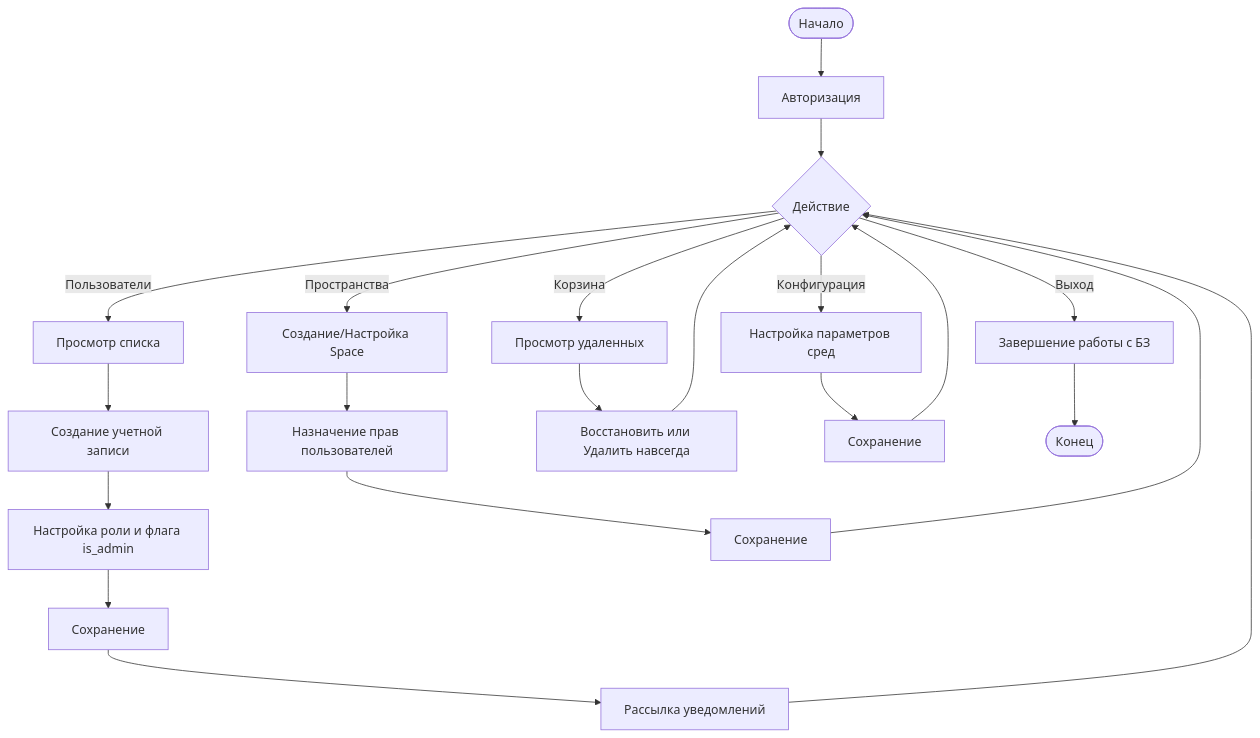
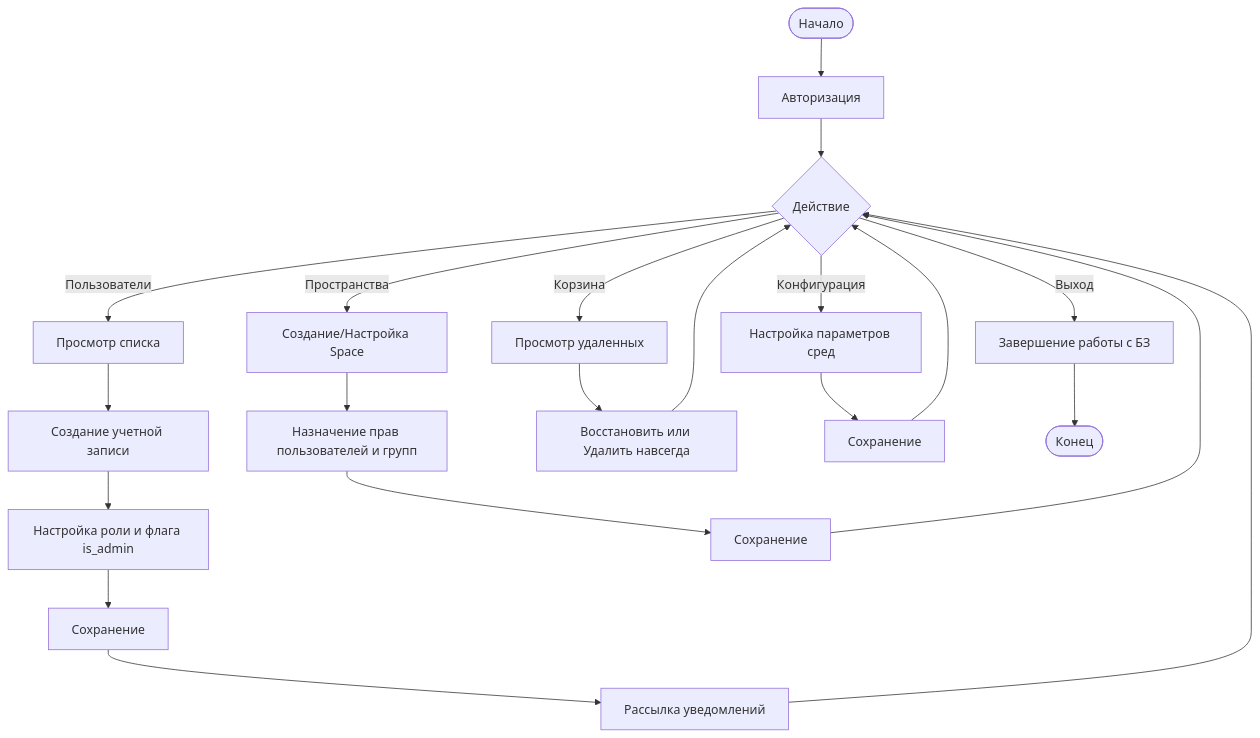
Before and after one commit to C23-501-SoftDev/Docs: the third of 4 diagrams in base-requirements.md, drawn with Mermaid. The commit also changed other lines of this file and 6 other files, not shown here.

````diff
--- a/base-requirements.md
+++ b/base-requirements.md
@@ -172,28 +167,28 @@
 ```mermaid
 graph TD
     Start([Начало]) --> Login[Авторизация]
     Login --> AdminAction{Действие}
     
     AdminAction -->|Пользователи| UserList[Просмотр списка]
     UserList --> AddUser[Создание учетной записи]
     AddUser --> UserRights[Настройка роли и флага is_admin]
     UserRights --> SaveUser[Сохранение]
     SaveUser --> SendNotifyUser[Рассылка уведомлений]
     SendNotifyUser --> AdminAction
     
     AdminAction -->|Пространства| CreateSpace[Создание/Настройка Space]
-    CreateSpace --> SpaceRights[Назначение прав пользователей]
+    CreateSpace --> SpaceRights[Назначение прав пользователей и групп]
     SpaceRights --> SaveSpace[Сохранение]
     SaveSpace --> AdminAction
 
     AdminAction -->|Корзина| ViewTrash[Просмотр удаленных]
     ViewTrash --> RestoreOrHard[Восстановить или Удалить навсегда]
     RestoreOrHard --> AdminAction
     
     AdminAction -->|Конфигурация| Config[Настройка параметров сред]
     Config --> SaveConfig[Сохранение]
     SaveConfig --> AdminAction
     
     AdminAction -->|Выход| Logout[Завершение работы с БЗ]
     Logout --> End([Конец])
 ```
````
